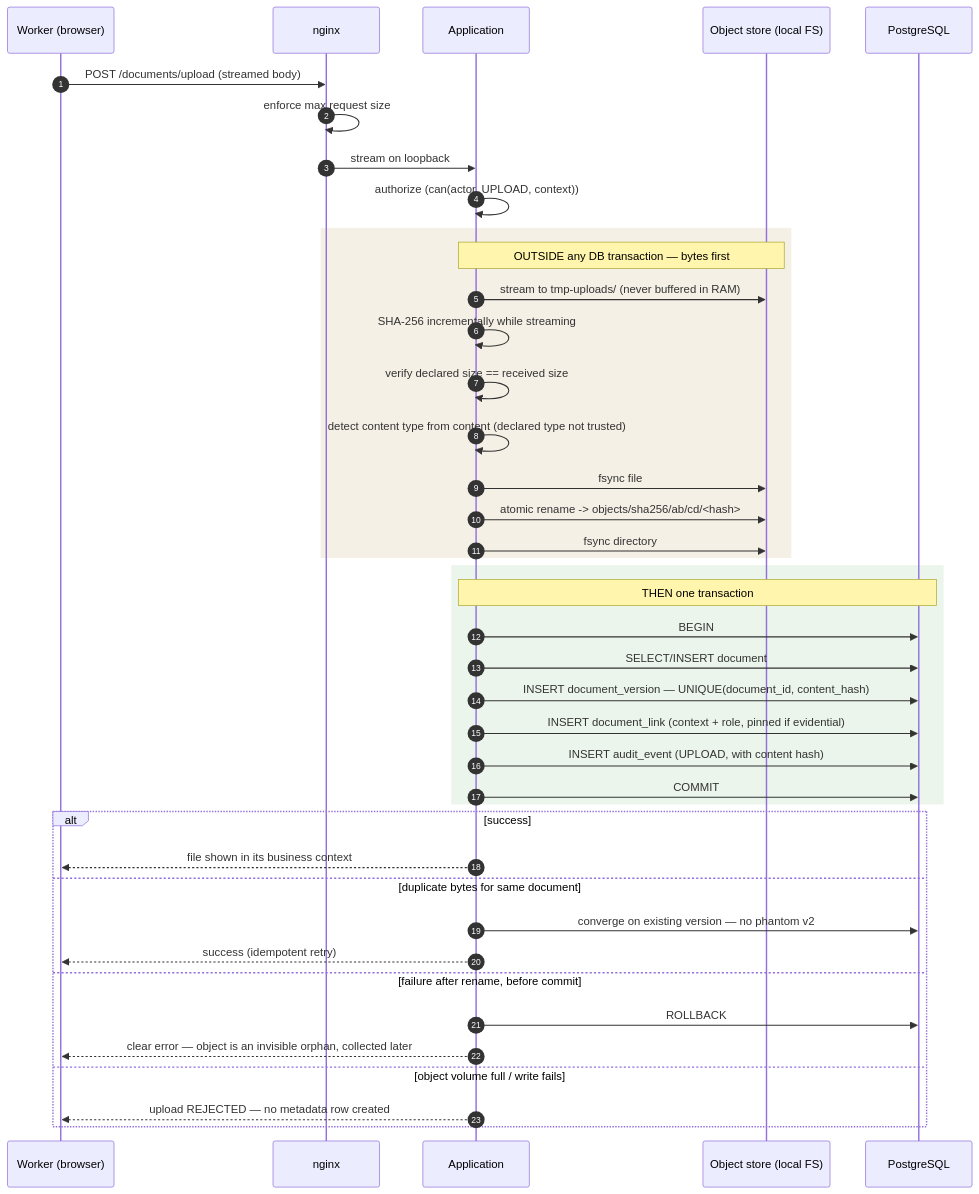
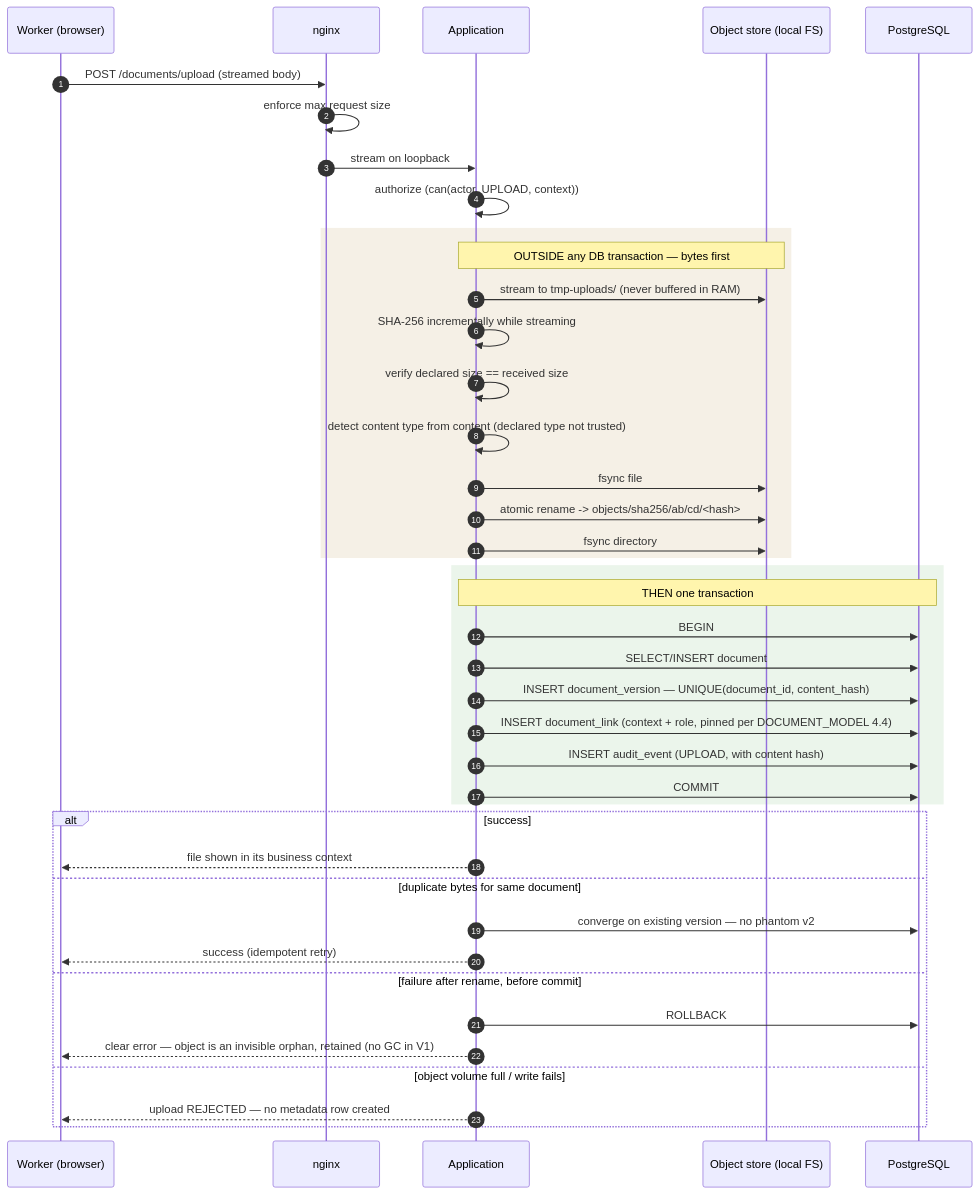
One commit to axmed778/RCS changed the fourth of 4 diagrams in docs/ARCHITECTURE.md. Above: the diagram before and after it, drawn with Mermaid. The commit also changed other lines of this file and 6 other files, not shown here.

First line of the commit message:
docs: resolve architecture review blockers and add decision log

````diff
--- a/docs/ARCHITECTURE.md
+++ b/docs/ARCHITECTURE.md
@@ -1531,47 +1616,47 @@
 ```mermaid
 sequenceDiagram
     autonumber
     participant U as Worker (browser)
     participant RP as nginx
     participant A as Application
     participant FS as Object store (local FS)
     participant DB as PostgreSQL
 
     U->>RP: POST /documents/upload (streamed body)
     RP->>RP: enforce max request size
     RP->>A: stream on loopback
     A->>A: authorize (can(actor, UPLOAD, context))
 
     rect rgb(245, 240, 230)
     note over A,FS: OUTSIDE any DB transaction — bytes first
     A->>FS: stream to tmp-uploads/ (never buffered in RAM)
     A->>A: SHA-256 incrementally while streaming
     A->>A: verify declared size == received size
     A->>A: detect content type from content (declared type not trusted)
     A->>FS: fsync file
     A->>FS: atomic rename -> objects/sha256/ab/cd/<hash>
     A->>FS: fsync directory
     end
 
     rect rgb(235, 245, 235)
     note over A,DB: THEN one transaction
     A->>DB: BEGIN
     A->>DB: SELECT/INSERT document
     A->>DB: INSERT document_version — UNIQUE(document_id, content_hash)
-    A->>DB: INSERT document_link (context + role, pinned if evidential)
+    A->>DB: INSERT document_link (context + role, pinned per DOCUMENT_MODEL 4.4)
     A->>DB: INSERT audit_event (UPLOAD, with content hash)
     A->>DB: COMMIT
     end
 
     alt success
         A-->>U: file shown in its business context
     else duplicate bytes for same document
         A->>DB: converge on existing version — no phantom v2
         A-->>U: success (idempotent retry)
     else failure after rename, before commit
         A->>DB: ROLLBACK
-        A-->>U: clear error — object is an invisible orphan, collected later
+        A-->>U: clear error — object is an invisible orphan, retained (no GC in V1)
     else object volume full / write fails
         A-->>U: upload REJECTED — no metadata row created
     end
 ```
````
